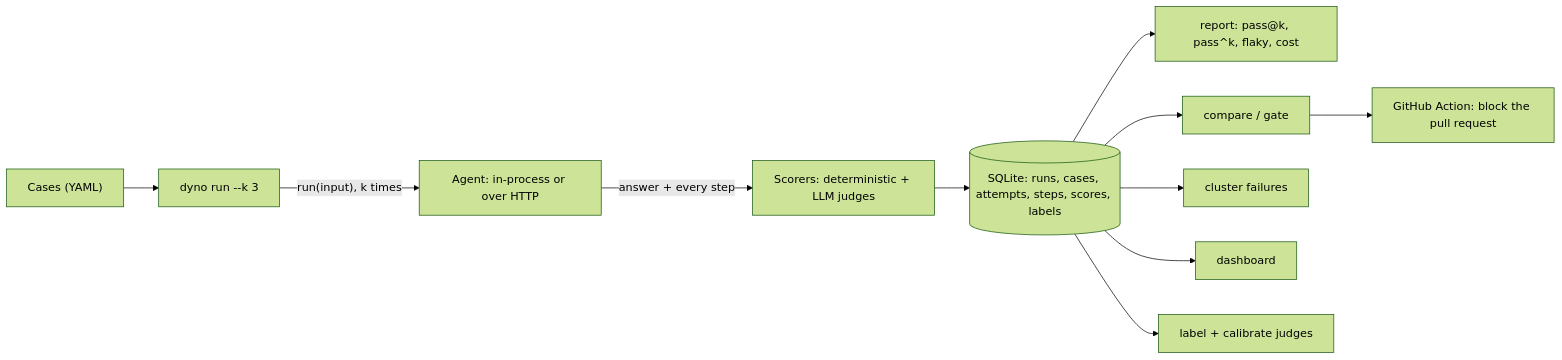
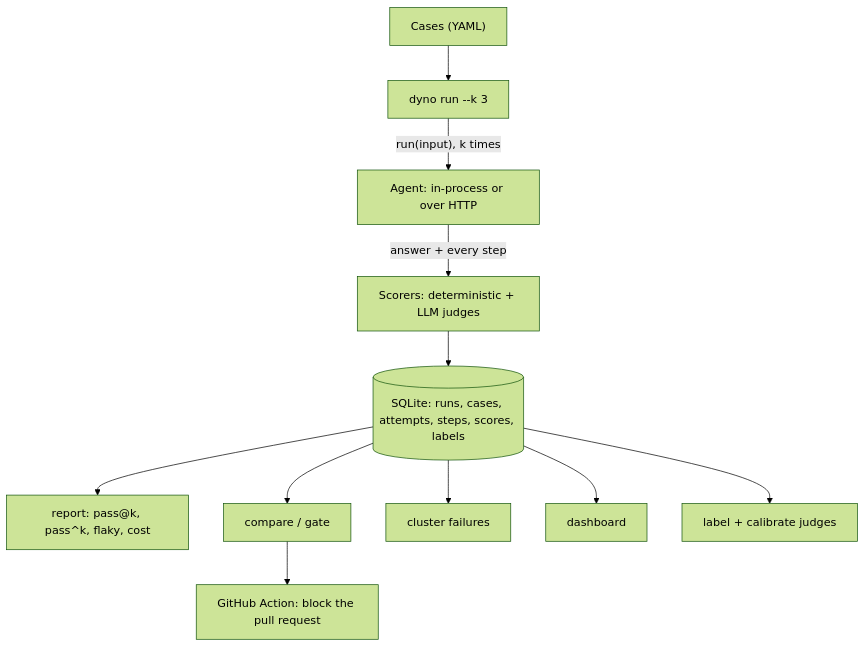
One commit to Utsav0706/dyno changed the diagram in README.md. Above: the diagram before and after it, drawn with Mermaid (forest theme).

Commit message:
README: draw the overview diagram top-down (left-to-right was too small to read)

````diff
--- a/README.md
+++ b/README.md
@@ -57,13 +57,13 @@
 ```mermaid
-flowchart LR
+flowchart TD
     cases["Cases (YAML)"] --> run["dyno run --k 3"]
     run -->|"run(input), k times"| agent["Agent: in-process or over HTTP"]
     agent -->|"answer + every step"| scorers["Scorers: deterministic + LLM judges"]
     scorers --> db[("SQLite: runs, cases, attempts, steps, scores, labels")]
     db --> report["report: pass@k, pass^k, flaky, cost"]
     db --> gate["compare / gate"]
     db --> cluster["cluster failures"]
     db --> dash["dashboard"]
     db --> calib["label + calibrate judges"]
     gate --> ci["GitHub Action: block the pull request"]
 ```
````
